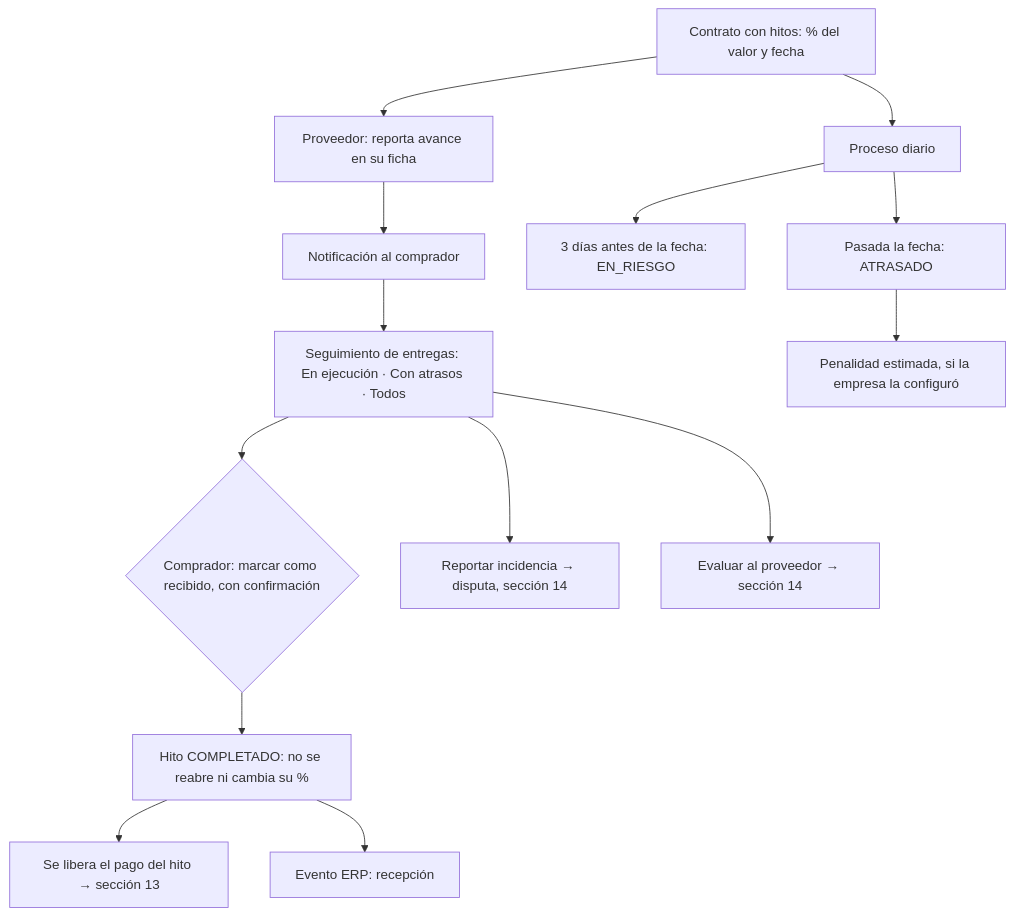
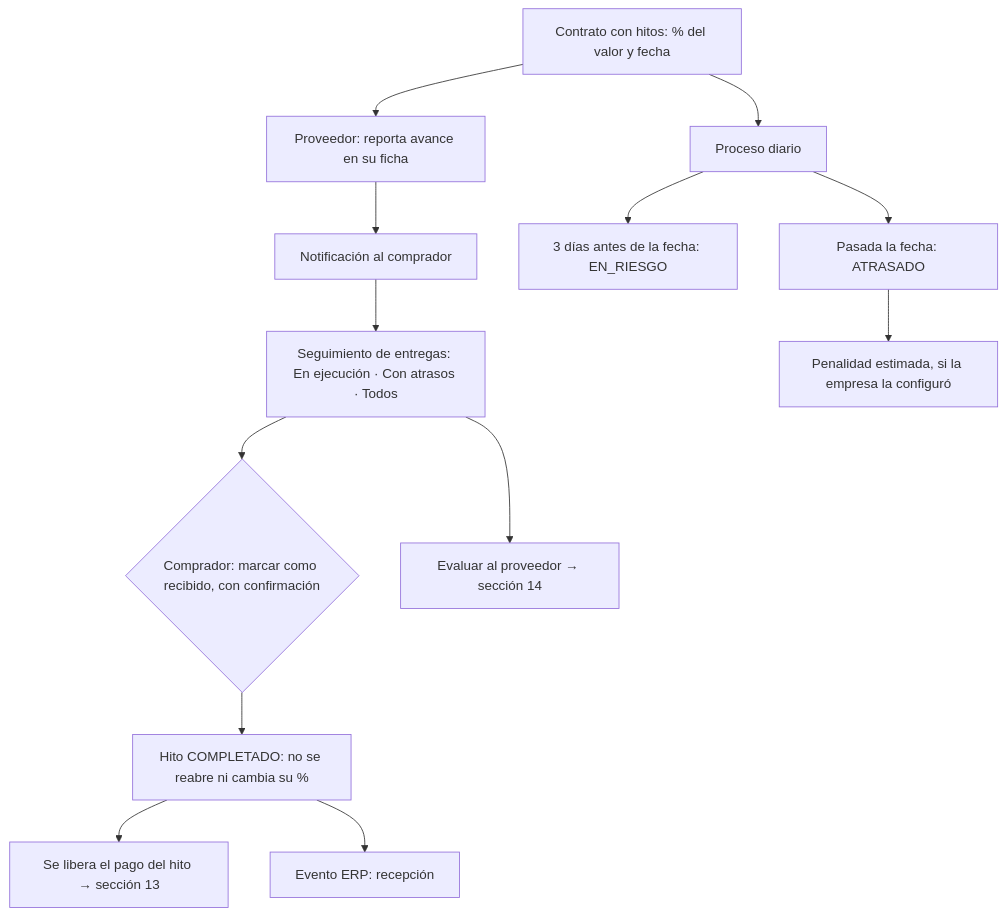
Before and after one commit to johnalecc21/bolt_pro: diagram 22 of 34 in docs/DIAGRAMAS-FLUJO.md, drawn with Mermaid. The commit also changed other lines of this file and 35 other files, not shown here.

````diff
--- a/docs/DIAGRAMAS-FLUJO.md
+++ b/docs/DIAGRAMAS-FLUJO.md
@@ -524,16 +524,15 @@
 ```mermaid
 flowchart TD
     A["Contrato con hitos: % del valor y fecha"] --> B["Proveedor: reporta avance en su ficha"]
     B --> C["Notificación al comprador"]
     C --> D["Seguimiento de entregas: En ejecución · Con atrasos · Todos"]
     D --> E{"Comprador: marcar como recibido, con confirmación"}
     E --> F["Hito COMPLETADO: no se reabre ni cambia su %"]
     F --> G["Se libera el pago del hito → sección 13"]
     F --> H["Evento ERP: recepción"]
-    D --> I["Reportar incidencia → disputa, sección 14"]
     D --> J["Evaluar al proveedor → sección 14"]
     A --> K["Proceso diario"]
     K --> K1["3 días antes de la fecha: EN_RIESGO"]
     K --> K2["Pasada la fecha: ATRASADO"]
     K2 --> K3["Penalidad estimada, si la empresa la configuró"]
 ```
````
